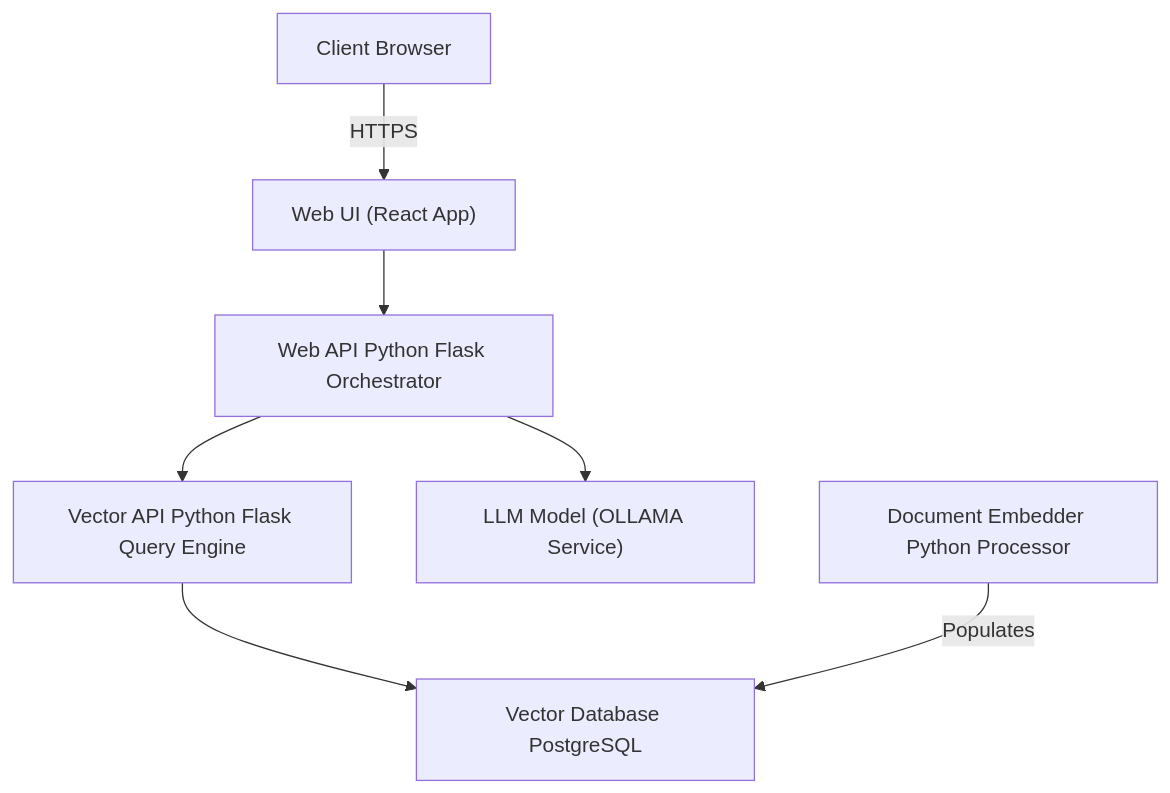
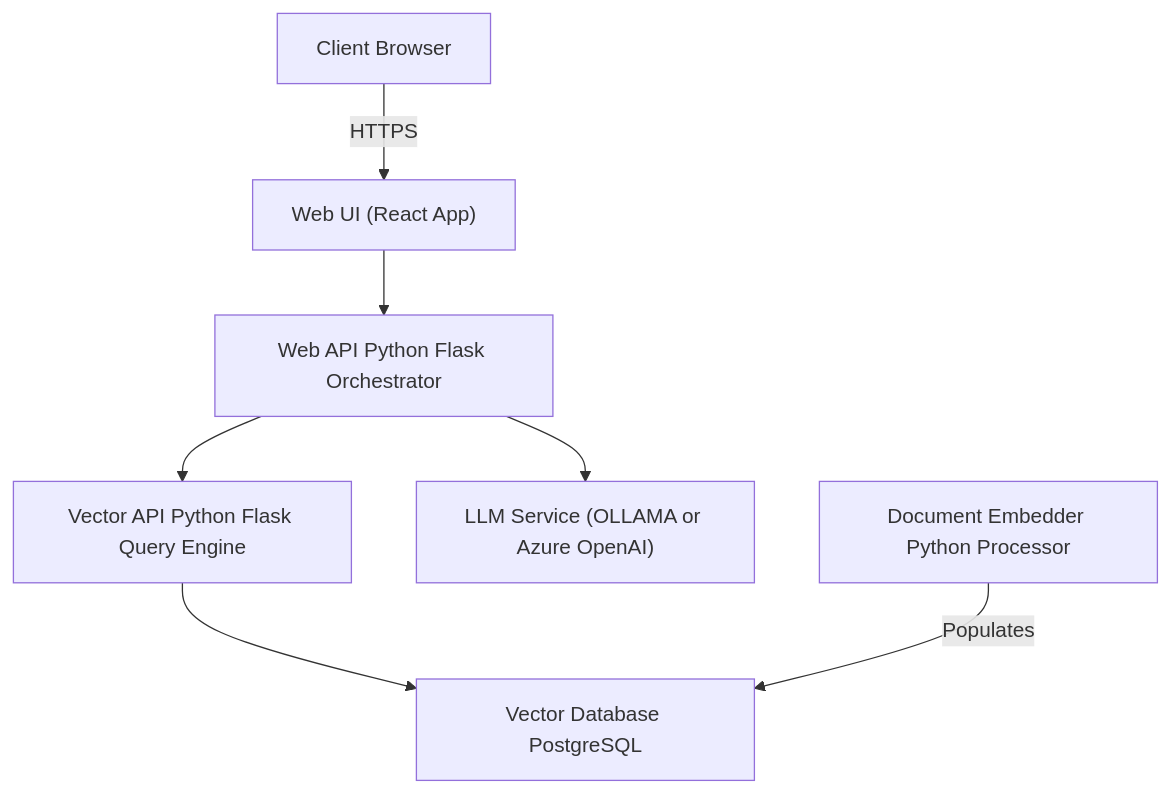
The first of 2 diagrams in documentation/ARCHITECTURE.md (bcgov/EPIC.search), drawn with Mermaid before and after one commit. The commit also changed other lines of this file and 3 other files, not shown here.

````diff
--- a/documentation/ARCHITECTURE.md
+++ b/documentation/ARCHITECTURE.md
@@ -9,19 +9,19 @@
 ```mermaid
 graph TB
     %% Core Application Components
     WebUI["Web UI (React App)"]
     WebAPI["Web API Python Flask Orchestrator"]
     VectorAPI["Vector API Python Flask Query Engine"]
     VectorDB["Vector Database PostgreSQL"]
-    LLM["LLM Model (OLLAMA Service)"]
+    LLM["LLM Service (OLLAMA or Azure OpenAI)"]
     Embedder["Document Embedder Python Processor"]
     Client["Client Browser"]
     
     %% Core Application Flow
     Client -->|HTTPS| WebUI
     WebUI --> WebAPI
     WebAPI --> VectorAPI
     VectorAPI --> VectorDB
     WebAPI --> LLM
     Embedder -->|Populates| VectorDB
 ```
````
